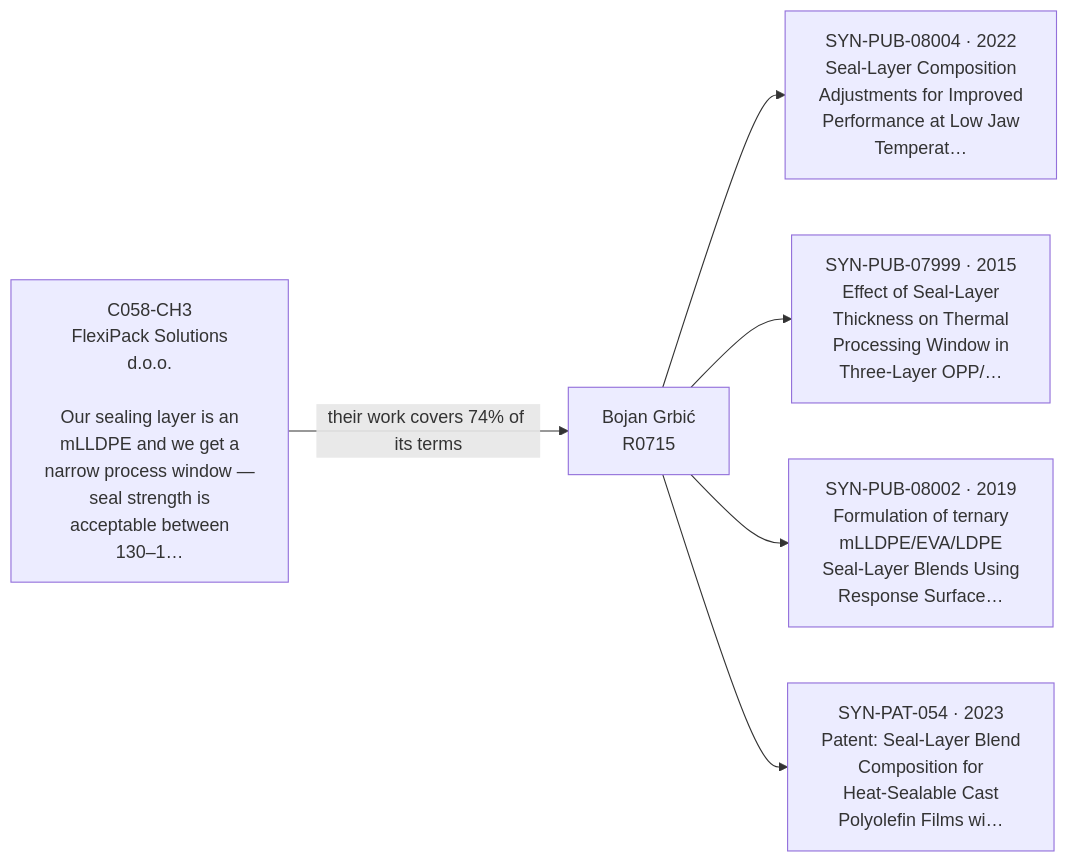
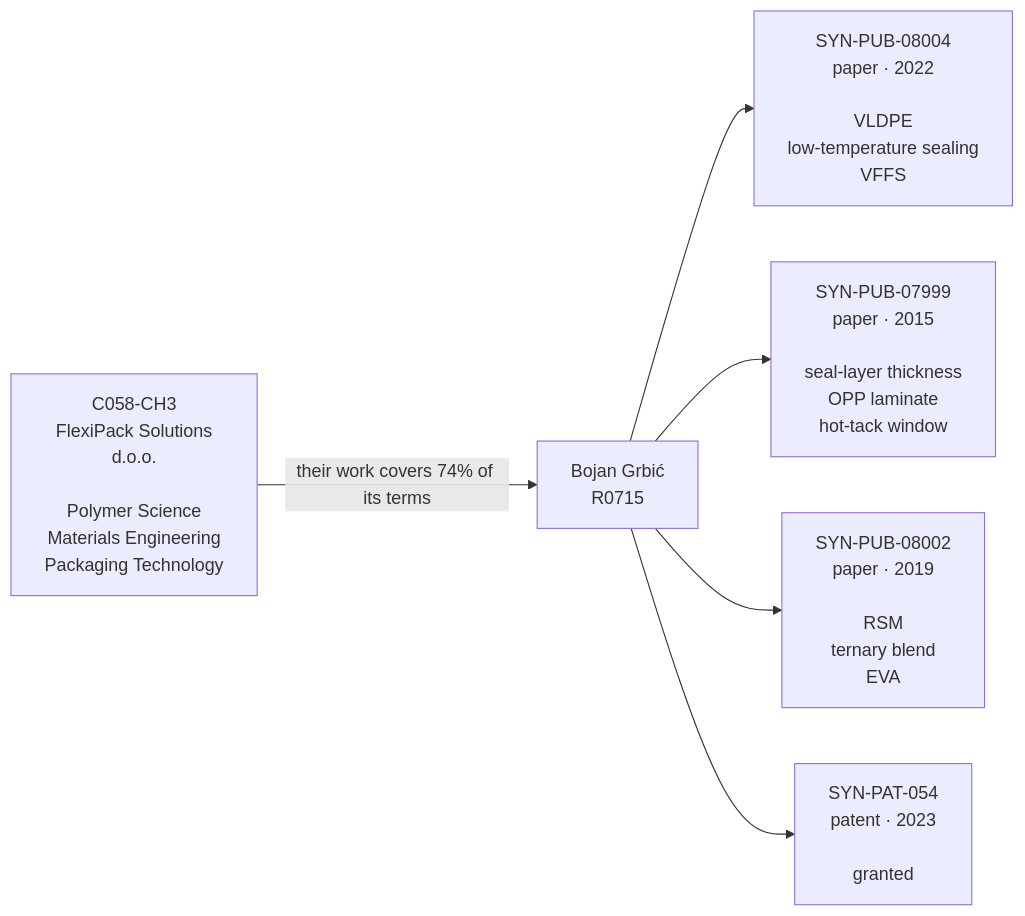
One commit to JannetEkka/spona changed the first of 3 diagrams in runs/2026-10-31-full/proposals/04-C058-R0715.md. Above: the diagram before and after it, drawn with Mermaid. The commit also changed other lines of this file and 9 other files, not shown here.

First line of the commit message:
Proposal diagrams: complete labels instead of cut-off titles

````diff
--- a/runs/2026-10-31-full/proposals/04-C058-R0715.md
+++ b/runs/2026-10-31-full/proposals/04-C058-R0715.md
@@ -10,14 +10,14 @@
 ```mermaid
 flowchart LR
-    need["C058-CH3<br/>FlexiPack Solutions<br/>d.o.o.<br/><br/>Our sealing layer is an<br/>mLLDPE and we get a<br/>narrow process window —<br/>seal strength is<br/>acceptable between<br/>130–1…"]
+    need["C058-CH3<br/>FlexiPack Solutions<br/>d.o.o.<br/><br/>Polymer Science<br/>Materials Engineering<br/>Packaging Technology"]
     who["Bojan Grbić<br/>R0715"]
-    e1["SYN-PUB-08004 · 2022<br/>Seal-Layer Composition<br/>Adjustments for Improved<br/>Performance at Low Jaw<br/>Temperat…"]
-    e2["SYN-PUB-07999 · 2015<br/>Effect of Seal-Layer<br/>Thickness on Thermal<br/>Processing Window in<br/>Three-Layer OPP/…"]
-    e3["SYN-PUB-08002 · 2019<br/>Formulation of ternary<br/>mLLDPE/EVA/LDPE<br/>Seal-Layer Blends Using<br/>Response Surface…"]
-    e4["SYN-PAT-054 · 2023<br/>Patent: Seal-Layer Blend<br/>Composition for<br/>Heat-Sealable Cast<br/>Polyolefin Films wi…"]
+    e1["SYN-PUB-08004<br/>paper · 2022<br/><br/>VLDPE<br/>low-temperature sealing<br/>VFFS"]
+    e2["SYN-PUB-07999<br/>paper · 2015<br/><br/>seal-layer thickness<br/>OPP laminate<br/>hot-tack window"]
+    e3["SYN-PUB-08002<br/>paper · 2019<br/><br/>RSM<br/>ternary blend<br/>EVA"]
+    e4["SYN-PAT-054<br/>patent · 2023<br/><br/>granted"]
     need -->|"their work covers 74% of its terms"| who
     who --> e1
     who --> e2
     who --> e3
     who --> e4
 ```
````
